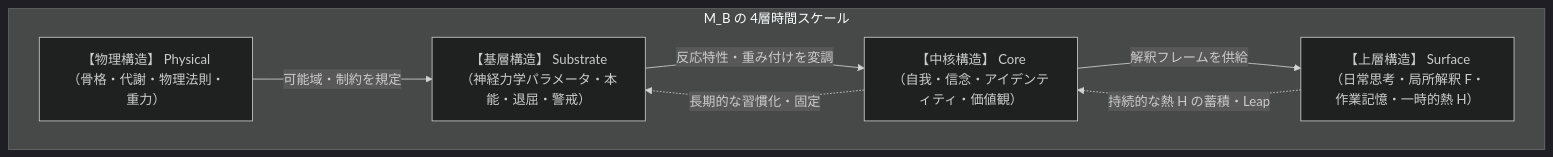
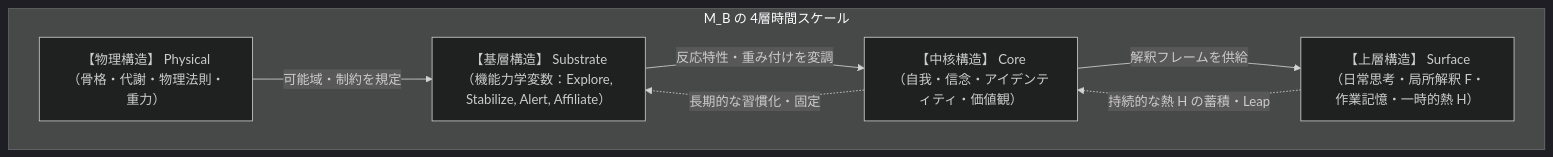
One commit to HermannDegner/RDL_Human changed the diagram in 01_基層構造_神経力学/01_4層時間スケール構造.md. Above: the diagram before and after it, drawn with Mermaid (dark theme). The commit also changed other lines of this file and 1 other file, not shown here.

````diff
--- a/01_基層構造_神経力学/01_4層時間スケール構造.md
+++ b/01_基層構造_神経力学/01_4層時間スケール構造.md
@@ -25,15 +30,15 @@
 ```mermaid
 graph TB
     subgraph M_B の 4層時間スケール
         L1["【物理構造】 Physical<br>（骨格・代謝・物理法則・重力）"]
-        L2["【基層構造】 Substrate<br>（神経力学パラメータ・本能・退屈・警戒）"]
+        L2["【基層構造】 Substrate<br>（機能力学変数：Explore, Stabilize, Alert, Affiliate）"]
         L3["【中核構造】 Core<br>（自我・信念・アイデンティティ・価値観）"]
         L4["【上層構造】 Surface<br>（日常思考・局所解釈 F・作業記憶・一時的熱 H）"]
     end
 
     L1 -->|可能域・制約を規定| L2
     L2 -->|反応特性・重み付けを変調| L3
     L3 -->|解釈フレームを供給| L4
     L4 -.->|持続的な熱 H の蓄積・Leap| L3
     L3 -.->|長期的な習慣化・固定| L2
 ```
````
